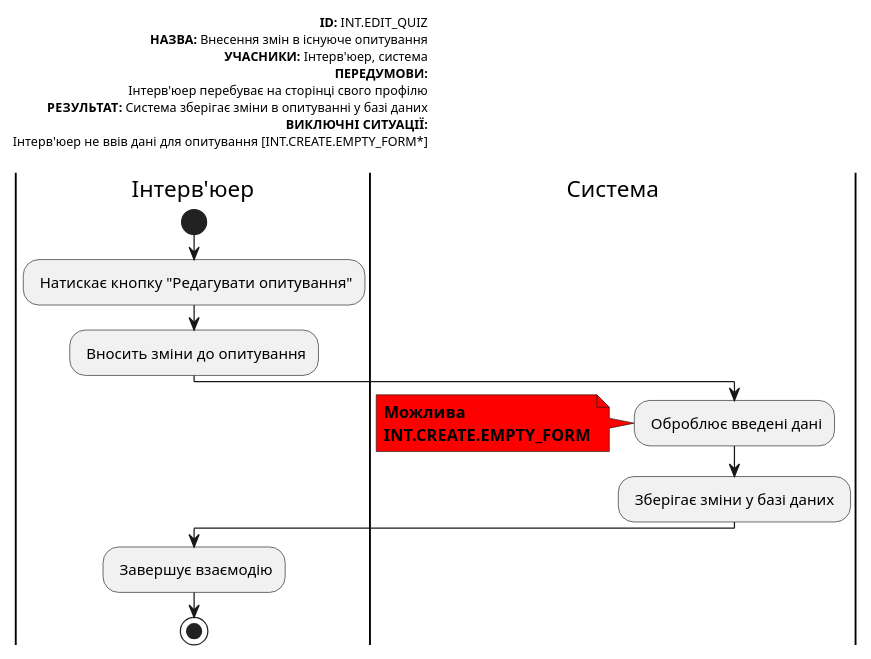
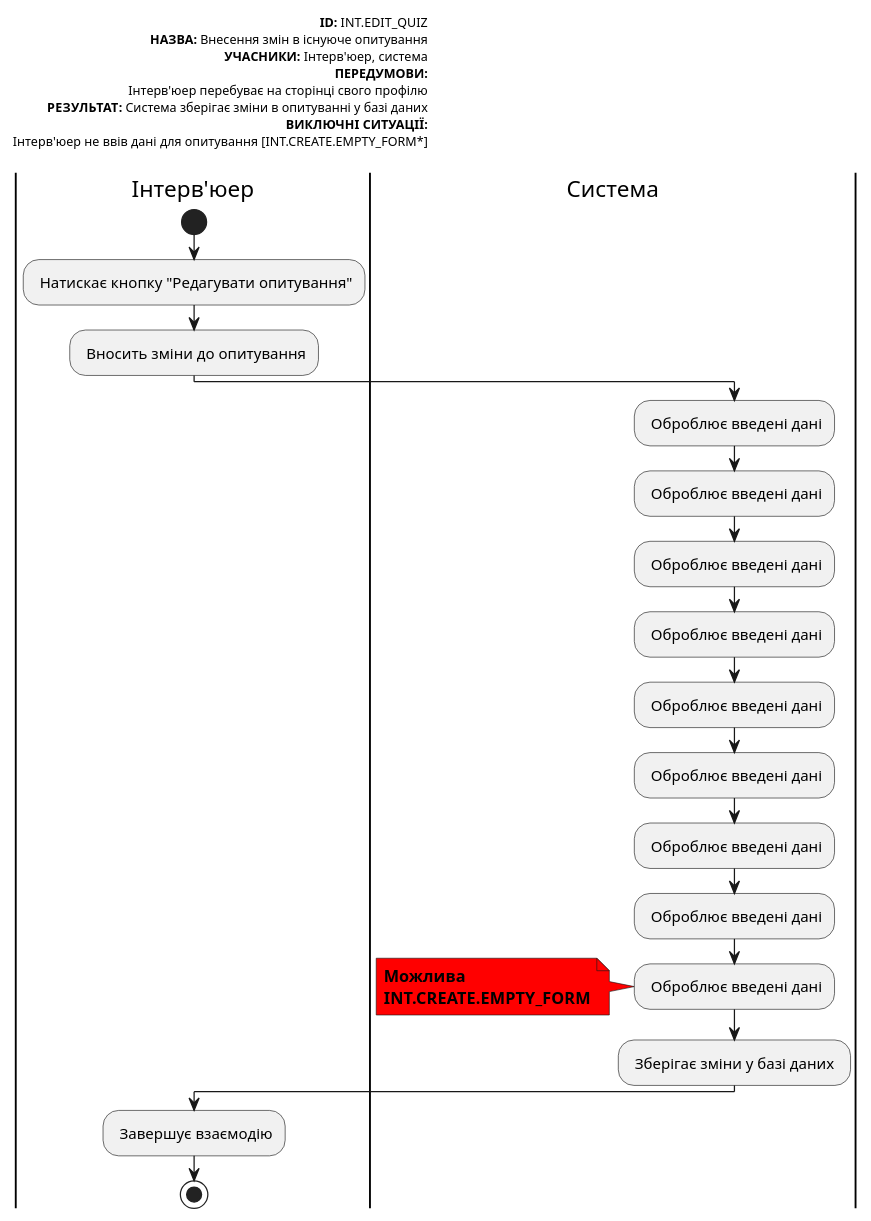
One commit to michigang1/ImForms changed the eighth of 22 diagrams in docs/use cases/README.md. Above: the diagram before and after it, drawn with PlantUML. The commit also changed other lines of this file, not shown here.

```diff
--- a/docs/use cases/README.md
+++ b/docs/use cases/README.md
@@ -229,33 +240,39 @@
 @startuml
 left header
 <font color=000 size=10><b>ID:</b> INT.EDIT_QUIZ
-<font color=000 size=10><b>НАЗВА:</b> Внесення змін в існуюче опитування   
+<font color=000 size=10><b>НАЗВА:</b> Внесення змін в існуюче опитування  
 <font color=000 size=10><b>УЧАСНИКИ:</b> Інтерв'юер, система
 <font color=000 size=10><b>ПЕРЕДУМОВИ:</b>
 <font color=000 size=10> Інтерв'юер перебуває на сторінці свого профілю
 <font color=000 size=10><b>РЕЗУЛЬТАТ:</b> Система зберігає зміни в опитуванні у базі даних
 <font color=000 size=10><b>ВИКЛЮЧНІ СИТУАЦІЇ:</b>
 <font color=000 size=10> Інтерв'юер не ввів дані для опитування [INT.CREATE.EMPTY_FORM*]
 
 end header
 
 |Інтерв'юер|
-        start
-        : Натискає кнопку "Редагувати опитування";
-        : Вносить зміни до опитування;
-
-       
+start
+: Натискає кнопку "Редагувати опитування";
+: Вносить зміни до опитування;
 
 |Система|
-        : Оброблює введені дані; 
+: Оброблює введені дані;
+: Оброблює введені дані;
+: Оброблює введені дані;
+: Оброблює введені дані;
+: Оброблює введені дані;
+: Оброблює введені дані;
+: Оброблює введені дані;
+: Оброблює введені дані;
+: Оброблює введені дані;
 
         note left #ff0000
         <b>Можлива</b>
         <b>INT.CREATE.EMPTY_FORM</b>
         end note
         : Зберігає зміни у базі даних ;
 
 |Інтерв'юер|
-        : Завершує взаємодію;
-        stop;
+: Завершує взаємодію;
+stop;
 @enduml
```
